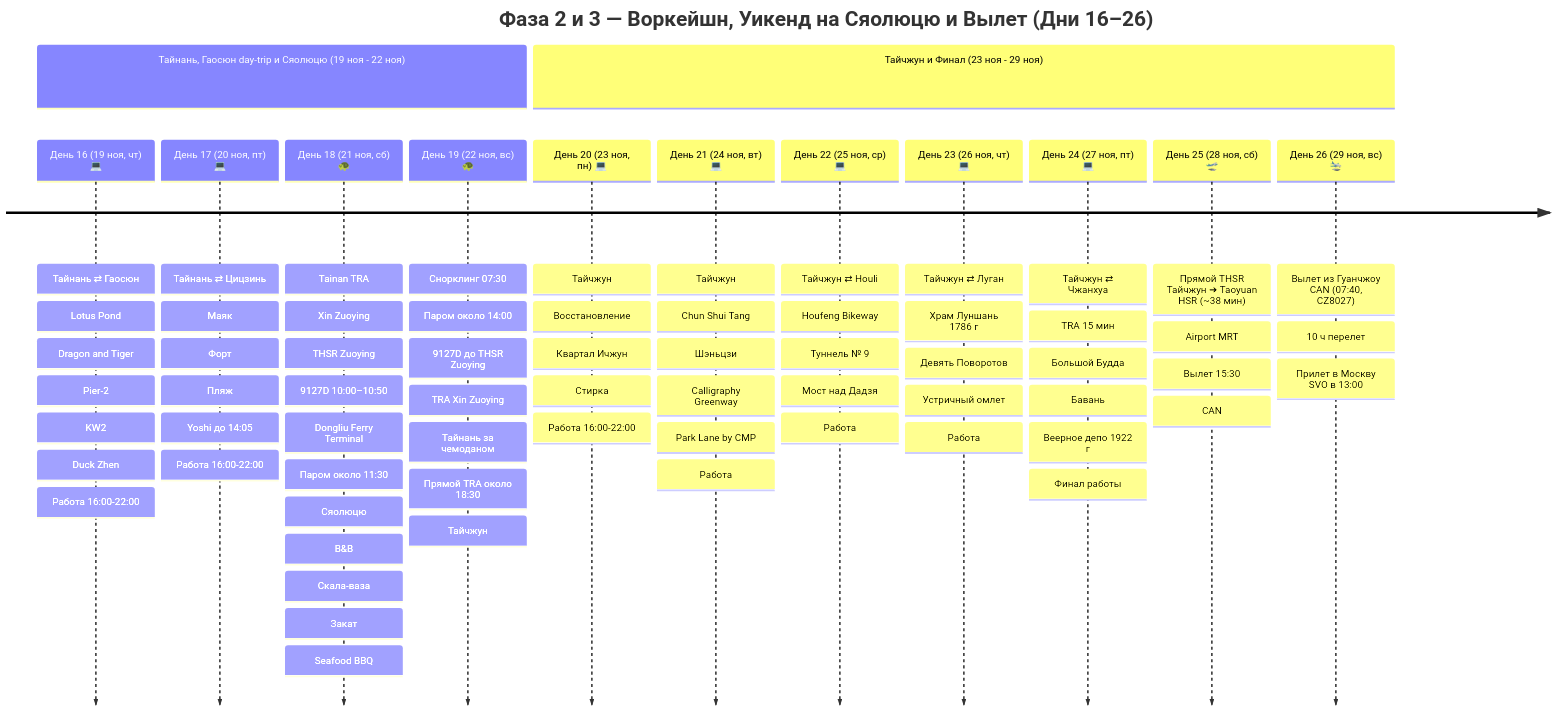
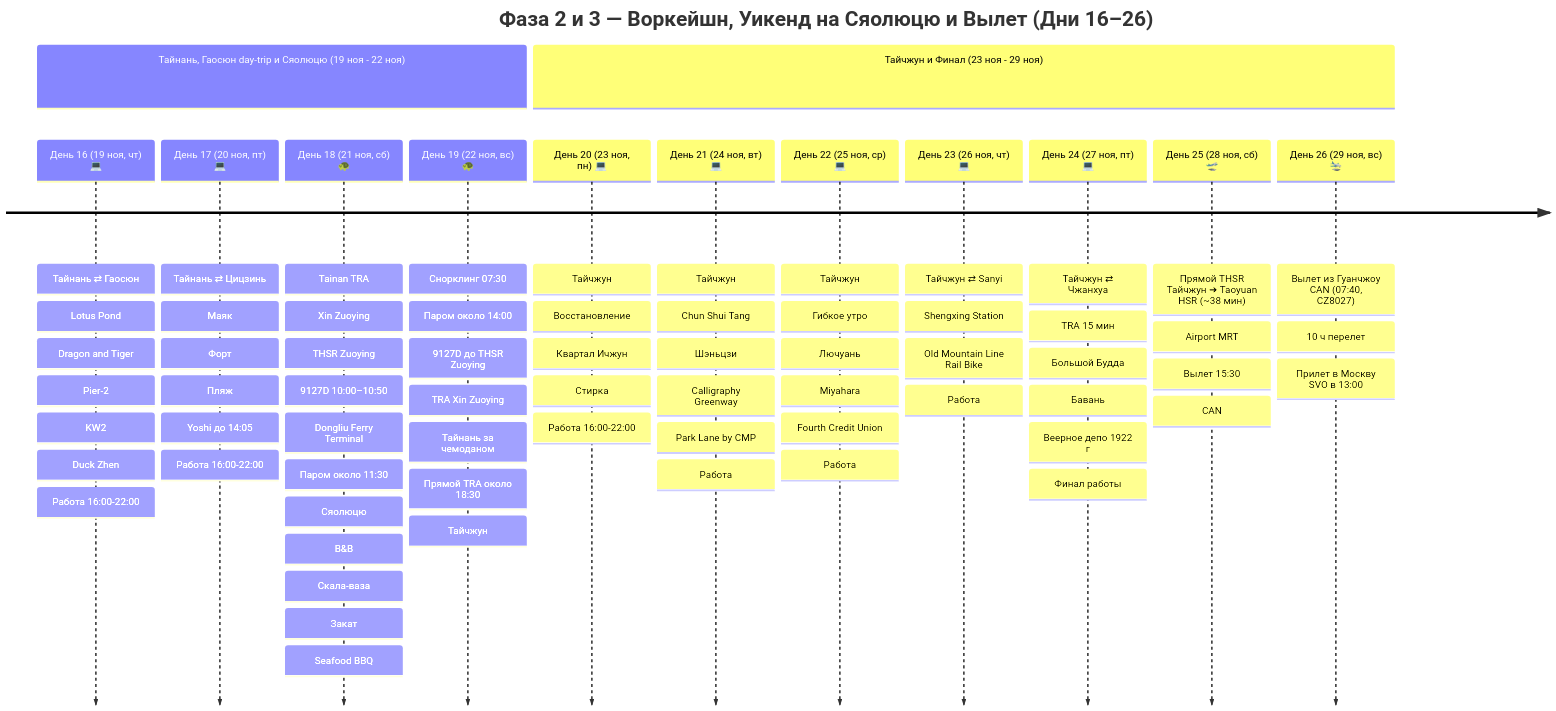
Before and after one commit to injurka/obsidian-mark: the second of 2 diagrams in Personal Note/Travel/-- Taiwan/Taiwan.md, drawn with Mermaid. The commit also changed other lines of this file and 24 other files, not shown here.

````diff
--- a/Personal Note/Travel/-- Taiwan/Taiwan.md
+++ b/Personal Note/Travel/-- Taiwan/Taiwan.md
@@ -89,17 +89,17 @@
 ```mermaid
 timeline
     title Фаза 2 и 3 — Воркейшн, Уикенд на Сяолюцю и Вылет (Дни 16–26)
     section Тайнань, Гаосюн day-trip и Сяолюцю (19 ноя - 22 ноя)
         День 16 (19 ноя, чт) 💻 : Тайнань ⇄ Гаосюн : Lotus Pond : Dragon and Tiger : Pier-2 : KW2 : Duck Zhen : Работа 16:00-22:00
         День 17 (20 ноя, пт) 💻 : Тайнань ⇄ Цицзинь : Маяк : Форт : Пляж : Yoshi до 14:05 : Работа 16:00-22:00
         День 18 (21 ноя, сб) 🐢 : Tainan TRA : Xin Zuoying : THSR Zuoying : 9127D 10:00–10:50 : Dongliu Ferry Terminal : Паром около 11:30 : Сяолюцю : B&B : Скала-ваза : Закат : Seafood BBQ
         День 19 (22 ноя, вс) 🐢 : Снорклинг 07:30 : Паром около 14:00 : 9127D до THSR Zuoying : TRA Xin Zuoying : Тайнань за чемоданом : Прямой TRA около 18:30 : Тайчжун
     section Тайчжун и Финал (23 ноя - 29 ноя)
         День 20 (23 ноя, пн) 💻 : Тайчжун : Восстановление : Квартал Ичжун : Стирка : Работа 16:00-22:00
         День 21 (24 ноя, вт) 💻 : Тайчжун : Chun Shui Tang : Шэньцзи : Calligraphy Greenway : Park Lane by CMP : Работа
-        День 22 (25 ноя, ср) 💻 : Тайчжун ⇄ Houli : Houfeng Bikeway : Туннель № 9 : Мост над Дадзя : Работа
-        День 23 (26 ноя, чт) 💻 : Тайчжун ⇄ Луган : Храм Луншань 1786 г : Девять Поворотов : Устричный омлет : Работа
+        День 22 (25 ноя, ср) 💻 : Тайчжун : Гибкое утро : Лючуань : Miyahara : Fourth Credit Union : Работа
+        День 23 (26 ноя, чт) 💻 : Тайчжун ⇄ Sanyi : Shengxing Station : Old Mountain Line Rail Bike : Работа
         День 24 (27 ноя, пт) 💻 : Тайчжун ⇄ Чжанхуа : TRA 15 мин : Большой Будда : Бавань : Веерное депо 1922 г : Финал работы
         День 25 (28 ноя, сб) 🛫 : Прямой THSR Тайчжун ➔ Taoyuan HSR (~38 мин) : Airport MRT : Вылет 15:30 : CAN
         День 26 (29 ноя, вс) 🛬 : Вылет из Гуанчжоу CAN (07:40, CZ8027) : 10 ч перелет : Прилет в Москву SVO в 13:00
 ```
````
